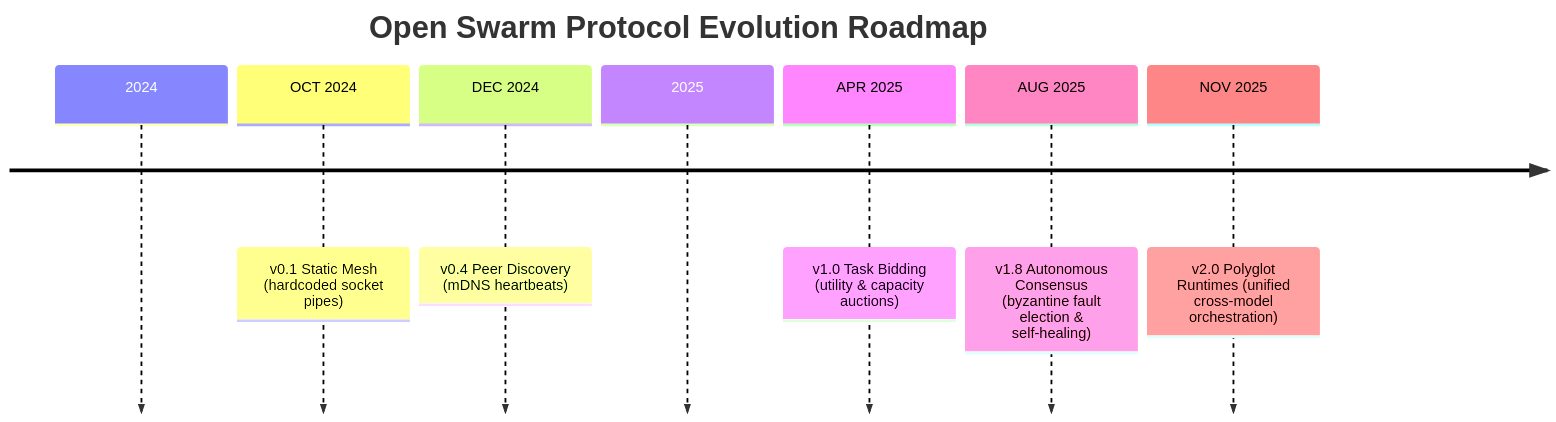
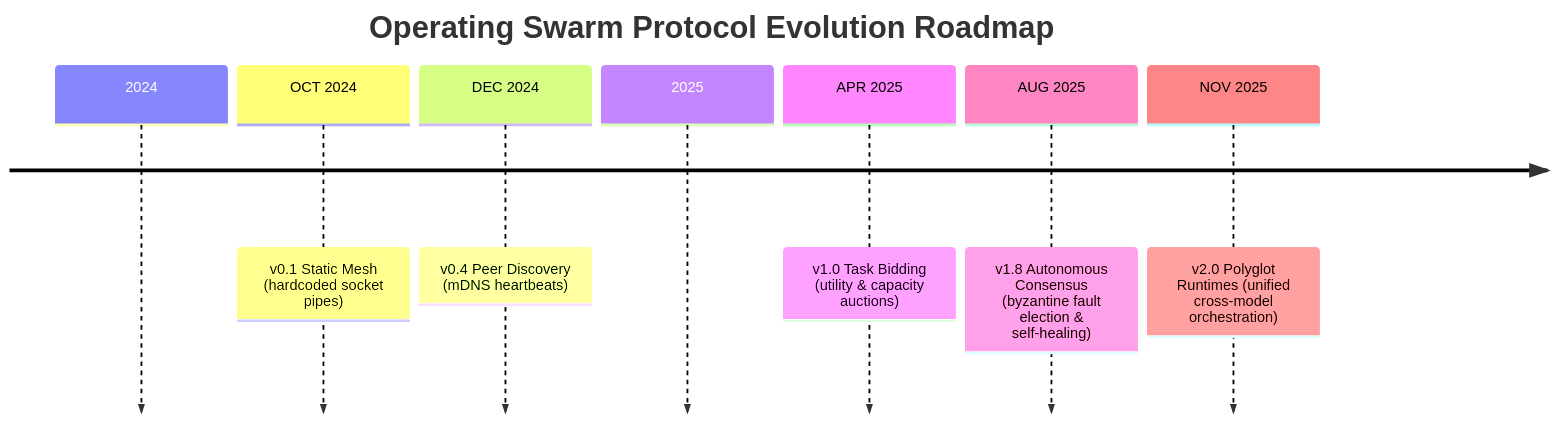
Before and after one commit to matthewhand/operating-swarm: the fifth of 8 diagrams in docs/diagrams/README.md, drawn with Mermaid. The commit also changed other lines of this file and 1784 other files, not shown here.

````diff
--- a/docs/diagrams/README.md
+++ b/docs/diagrams/README.md
@@ -153,11 +326,11 @@
 ```mermaid
 timeline
-    title Open Swarm Protocol Evolution Roadmap
+    title Operating Swarm Protocol Evolution Roadmap
     2024
         OCT 2024 : v0.1 Static Mesh (hardcoded socket pipes)
         DEC 2024 : v0.4 Peer Discovery (mDNS heartbeats)
     2025
         APR 2025 : v1.0 Task Bidding (utility & capacity auctions)
         AUG 2025 : v1.8 Autonomous Consensus (byzantine fault election & self-healing)
         NOV 2025 : v2.0 Polyglot Runtimes (unified cross-model orchestration)
 ```
````
